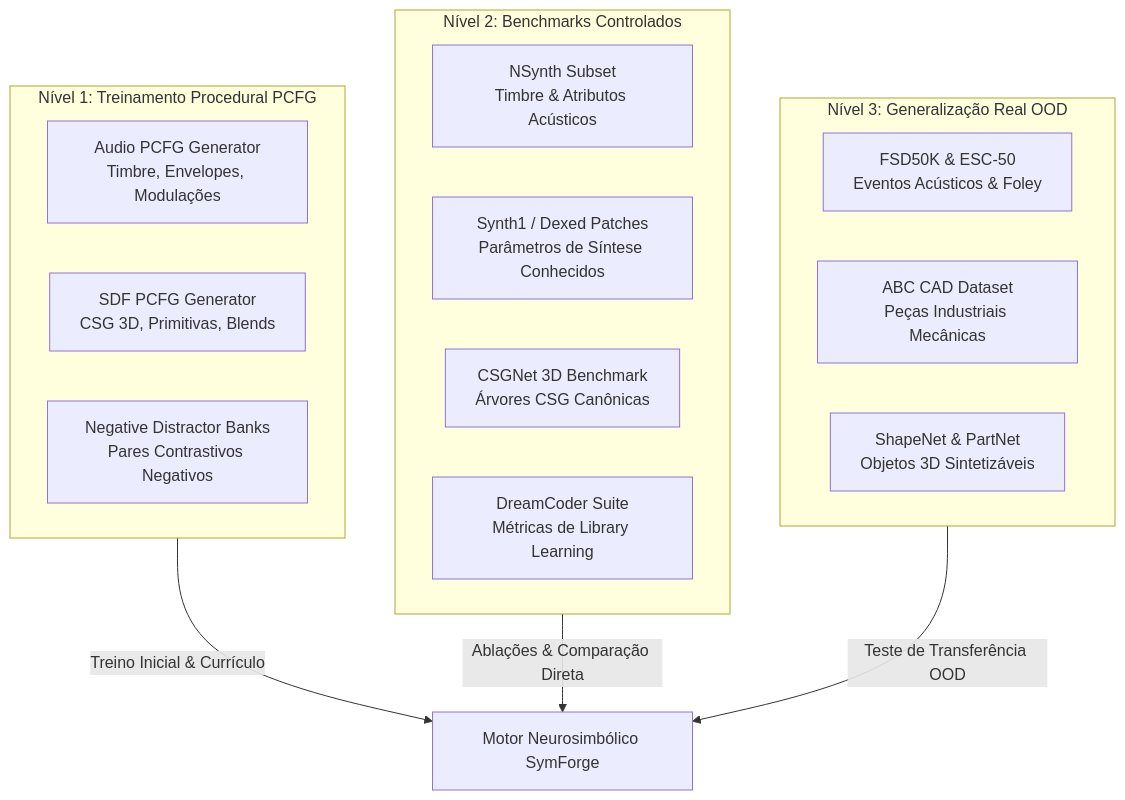
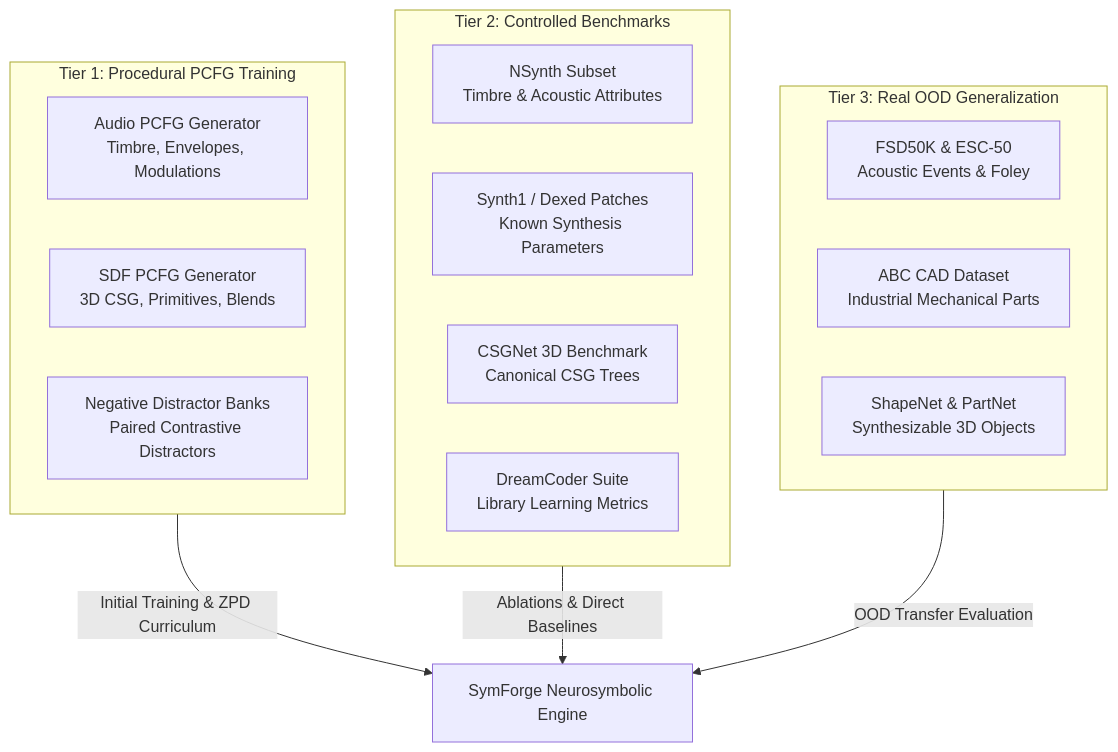
One commit to racoci/symforge changed the first of 2 diagrams in docs/architecture/datasets_and_benchmarks.md. Above: the diagram before and after it, drawn with Mermaid. The commit also changed other lines of this file and 12 other files, not shown here.

Commit message:
docs: translate README and complete architecture documentation to English

````diff
--- a/docs/architecture/datasets_and_benchmarks.md
+++ b/docs/architecture/datasets_and_benchmarks.md
@@ -19,25 +19,25 @@
 ```mermaid
 graph TD
-    subgraph Tier1 [Nível 1: Treinamento Procedural PCFG]
-        T1_A[Audio PCFG Generator<br/>Timbre, Envelopes, Modulações]
-        T1_B[SDF PCFG Generator<br/>CSG 3D, Primitivas, Blends]
-        T1_C[Negative Distractor Banks<br/>Pares Contrastivos Negativos]
+    subgraph Tier1 [Tier 1: Procedural PCFG Training]
+        T1_A[Audio PCFG Generator<br/>Timbre, Envelopes, Modulations]
+        T1_B[SDF PCFG Generator<br/>3D CSG, Primitives, Blends]
+        T1_C[Negative Distractor Banks<br/>Paired Contrastive Distractors]
     end
 
-    subgraph Tier2 [Nível 2: Benchmarks Controlados]
-        T2_A[NSynth Subset<br/>Timbre & Atributos Acústicos]
-        T2_B[Synth1 / Dexed Patches<br/>Parâmetros de Síntese Conhecidos]
-        T2_C[CSGNet 3D Benchmark<br/>Árvores CSG Canônicas]
-        T2_D[DreamCoder Suite<br/>Métricas de Library Learning]
+    subgraph Tier2 [Tier 2: Controlled Benchmarks]
+        T2_A[NSynth Subset<br/>Timbre & Acoustic Attributes]
+        T2_B[Synth1 / Dexed Patches<br/>Known Synthesis Parameters]
+        T2_C[CSGNet 3D Benchmark<br/>Canonical CSG Trees]
+        T2_D[DreamCoder Suite<br/>Library Learning Metrics]
     end
 
-    subgraph Tier3 [Nível 3: Generalização Real OOD]
-        T3_A[FSD50K & ESC-50<br/>Eventos Acústicos & Foley]
-        T3_B[ABC CAD Dataset<br/>Peças Industriais Mecânicas]
-        T3_C[ShapeNet & PartNet<br/>Objetos 3D Sintetizáveis]
+    subgraph Tier3 [Tier 3: Real OOD Generalization]
+        T3_A[FSD50K & ESC-50<br/>Acoustic Events & Foley]
+        T3_B[ABC CAD Dataset<br/>Industrial Mechanical Parts]
+        T3_C[ShapeNet & PartNet<br/>Synthesizable 3D Objects]
     end
 
-    Tier1 -->|Treino Inicial & Currículo| ENGINE[Motor Neurosimbólico SymForge]
-    Tier2 -->|Ablações & Comparação Direta| ENGINE
-    Tier3 -->|Teste de Transferência OOD| ENGINE
+    Tier1 -->|Initial Training & ZPD Curriculum| ENGINE[SymForge Neurosymbolic Engine]
+    Tier2 -->|Ablations & Direct Baselines| ENGINE
+    Tier3 -->|OOD Transfer Evaluation| ENGINE
 ```
````
